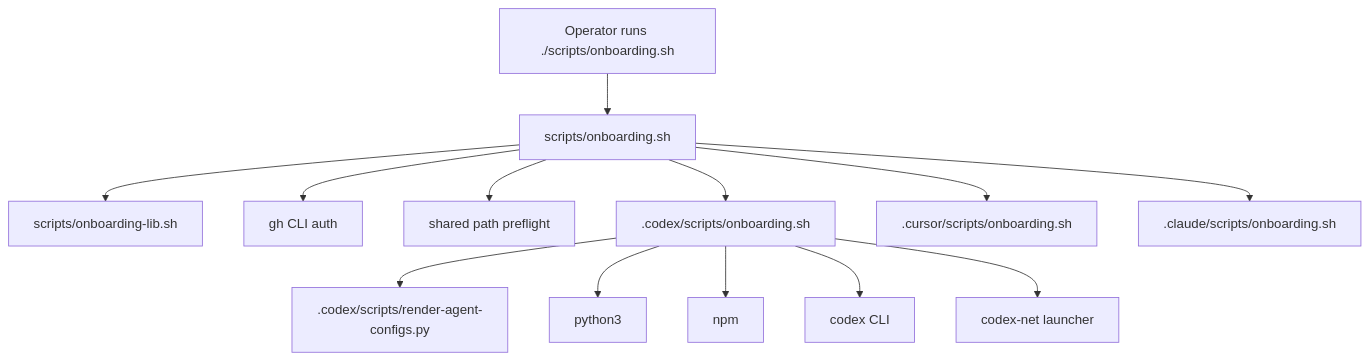
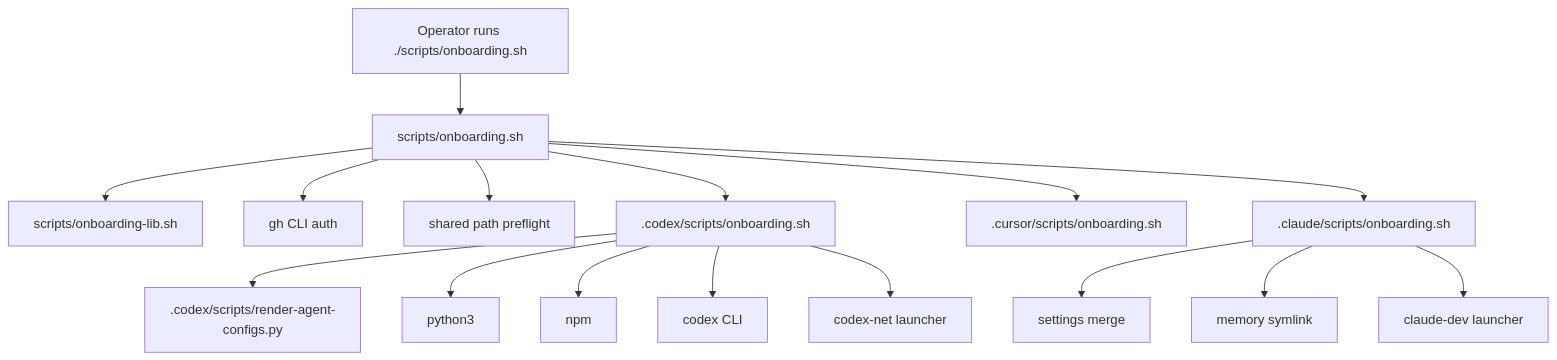
One commit to kzokv/agent-dock changed the first of 4 diagrams in docs/onboarding.md. Above: the diagram before and after it, drawn with Mermaid. The commit also changed other lines of this file and 16 other files, not shown here.

````diff
--- a/docs/onboarding.md
+++ b/docs/onboarding.md
@@ -54,15 +54,18 @@
 ```mermaid
 flowchart TD
     U[Operator runs ./scripts/onboarding.sh] --> O[scripts/onboarding.sh]
     O --> L[scripts/onboarding-lib.sh]
     O --> GH[gh CLI auth]
     O --> SP[shared path preflight]
     O --> C[.codex/scripts/onboarding.sh]
     O --> R[.cursor/scripts/onboarding.sh]
     O --> A[.claude/scripts/onboarding.sh]
     C --> G[.codex/scripts/render-agent-configs.py]
     C --> PY[python3]
     C --> NPM[npm]
     C --> CX[codex CLI]
     C --> NET[codex-net launcher]
+    A --> CSET[settings merge]
+    A --> CMEM[memory symlink]
+    A --> CDEV[claude-dev launcher]
 ```
````
